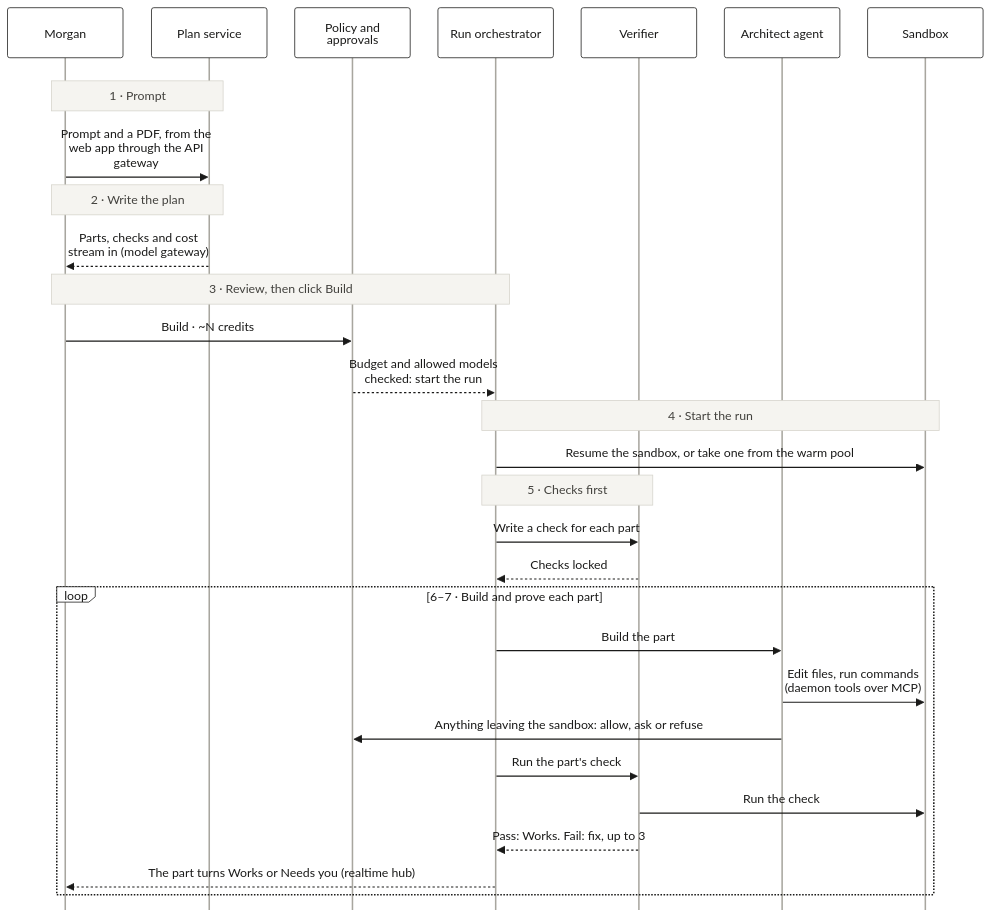
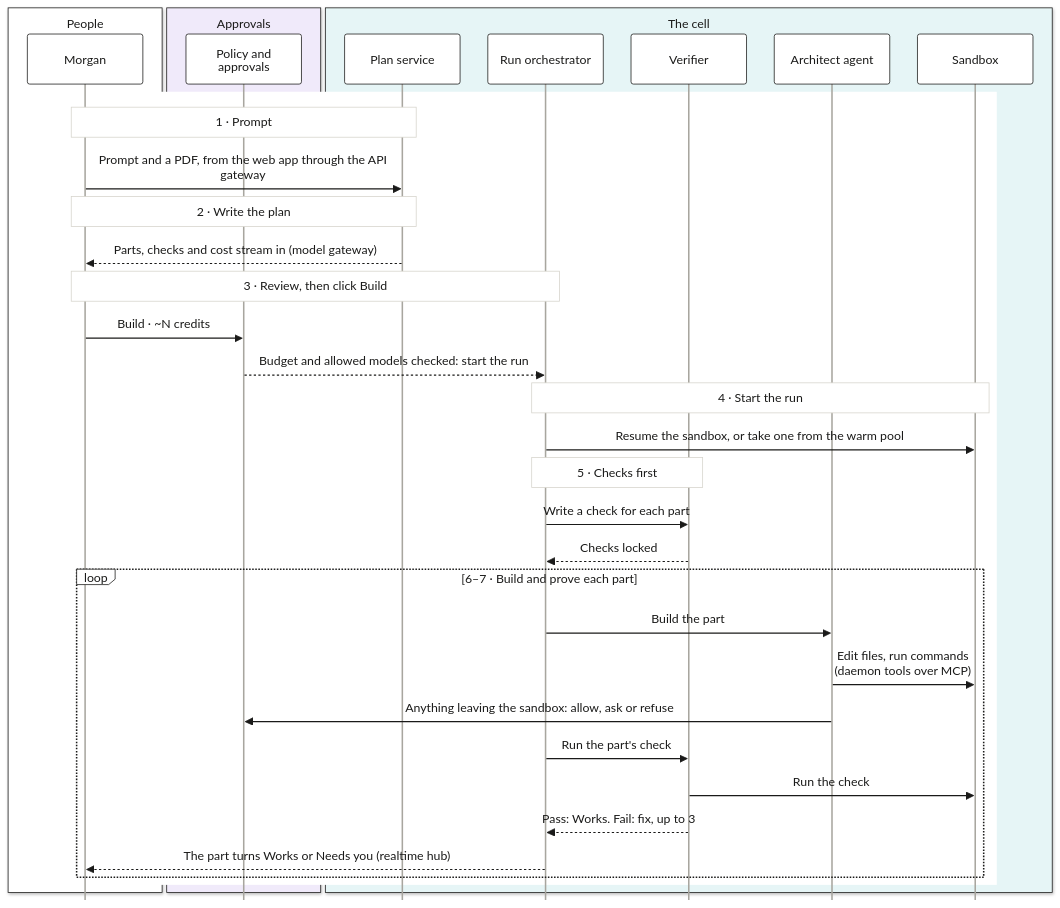
Before and after one commit to netanyaj/architect-2: the diagram in docs/product/diagrams/src/A2-prompt-to-live.mmd, drawn with Mermaid. The commit also changed 32 other files, not shown here.

```diff
--- a/docs/product/diagrams/src/A2-prompt-to-live.mmd
+++ b/docs/product/diagrams/src/A2-prompt-to-live.mmd
@@ -1,33 +1,39 @@
-%%{init: {"theme":"base","themeVariables":{"fontFamily":"Arial","fontSize":"15px","primaryColor":"#FFFFFF","primaryBorderColor":"#1A1A19","primaryTextColor":"#1A1A19","lineColor":"#1A1A19","secondaryColor":"#FFFFFF","tertiaryColor":"#FFFFFF","clusterBkg":"#F5F4F0","clusterBorder":"#D6D4CC","edgeLabelBackground":"#FFFFFF","actorBkg":"#FFFFFF","actorBorder":"#1A1A19","actorTextColor":"#1A1A19","actorLineColor":"#A8A69F","signalColor":"#1A1A19","signalTextColor":"#1A1A19","noteBkgColor":"#F5F4F0","noteBorderColor":"#D6D4CC","noteTextColor":"#42413D","labelBoxBkgColor":"#FFFFFF","labelBoxBorderColor":"#1A1A19","labelTextColor":"#1A1A19","loopTextColor":"#1A1A19","activationBkgColor":"#F5F4F0","activationBorderColor":"#1A1A19","sequenceNumberColor":"#FFFFFF"},"sequence":{"mirrorActors":false,"actorMargin":36,"wrap":true,"width":150}}}%%
+%%{init: {"theme":"base","themeVariables":{"fontFamily":"Arial","fontSize":"15px","primaryColor":"#FFFFFF","primaryBorderColor":"#1A1A19","primaryTextColor":"#1A1A19","lineColor":"#1A1A19","secondaryColor":"#FFFFFF","tertiaryColor":"#FFFFFF","clusterBkg":"#FFFFFF","clusterBorder":"#D6D4CC","edgeLabelBackground":"#FFFFFF","actorBkg":"#FFFFFF","actorBorder":"#1A1A19","actorTextColor":"#1A1A19","actorLineColor":"#A8A69F","signalColor":"#1A1A19","signalTextColor":"#1A1A19","noteBkgColor":"#FFFFFF","noteBorderColor":"#D6D4CC","noteTextColor":"#1A1A19","labelBoxBkgColor":"#FFFFFF","labelBoxBorderColor":"#1A1A19","labelTextColor":"#1A1A19","loopTextColor":"#1A1A19","activationBkgColor":"#F5F4F0","activationBorderColor":"#1A1A19","sequenceNumberColor":"#FFFFFF","textColor":"#1A1A19","titleColor":"#1A1A19","nodeTextColor":"#1A1A19"},"sequence":{"mirrorActors":false,"actorMargin":36,"wrap":true,"width":150}}}%%
 sequenceDiagram
-  participant M as Morgan
-  participant PL as Plan service
-  participant PA as Policy and approvals
-  participant OR as Run orchestrator
-  participant V as Verifier
-  participant AA as Architect agent
-  participant SB as Sandbox
+  box rgb(255, 255, 255) People
+    participant M as Morgan
+  end
+  box rgb(240, 234, 250) Approvals
+    participant PA as Policy and approvals
+  end
+  box rgb(230, 245, 246) The cell
+    participant PL as Plan service
+    participant OR as Run orchestrator
+    participant V as Verifier
+    participant AA as Architect agent
+    participant SB as Sandbox
+  end
   %% A white card, so ink lines read on GitHub's dark theme too
   rect rgb(255, 255, 255)
     Note over M,PL: 1 · Prompt
     M->>PL: Prompt and a PDF, from the web app through the API gateway
     Note over M,PL: 2 · Write the plan
     PL-->>M: Parts, checks and cost stream in (model gateway)
     Note over M,OR: 3 · Review, then click Build
     M->>PA: Build · ~N credits
     PA-->>OR: Budget and allowed models checked: start the run
     Note over OR,SB: 4 · Start the run
     OR->>SB: Resume the sandbox, or take one from the warm pool
     Note over OR,V: 5 · Checks first
     OR->>V: Write a check for each part
     V-->>OR: Checks locked
     loop 6–7 · Build and prove each part
       OR->>AA: Build the part
       AA->>SB: Edit files, run commands (daemon tools over MCP)
       AA->>PA: Anything leaving the sandbox: allow, ask or refuse
       OR->>V: Run the part's check
       V->>SB: Run the check
       V-->>OR: Pass: Works. Fail: fix, up to 3
       OR-->>M: The part turns Works or Needs you (realtime hub)
     end
   end
```
